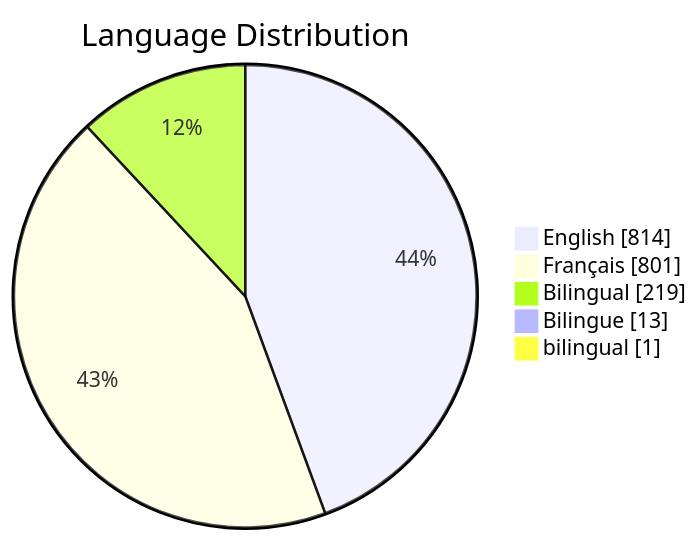
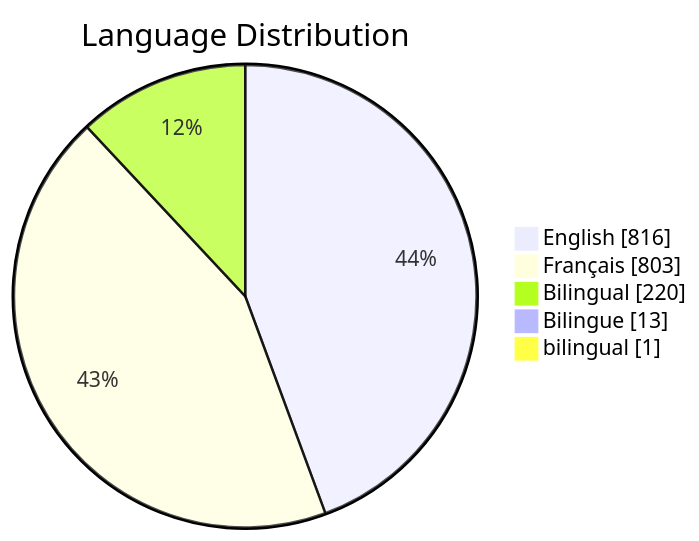
Before and after one commit to PatLittle/GC-Socials: the third of 6 diagrams in README.md, drawn with Mermaid. The commit also changed other lines of this file, not shown here.

Commit message:
Update README with Platform Distribution pie chart

````diff
--- a/README.md
+++ b/README.md
@@ -93,8 +93,8 @@
 ```mermaid
 pie showData title Language Distribution
-    "English": 814
-    "Français": 801
-    "Bilingual": 219
+    "English": 816
+    "Français": 803
+    "Bilingual": 220
     "Bilingue": 13
     "bilingual": 1
 ```
````
